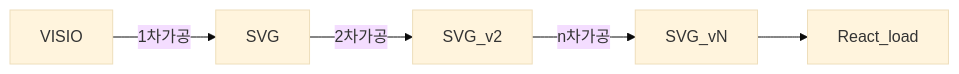
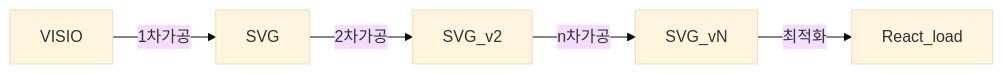
The diagram in README.md (grapefr/temporary), drawn with Mermaid (base theme) before and after one commit.

````diff
--- a/README.md
+++ b/README.md
@@ -26,4 +26,4 @@
 ```mermaid
 flowchart LR
-    VISIO -- 1차가공 --> SVG -- 2차가공 --> SVG_v2 -- n차가공 --> SVG_vN --> React_load
+    VISIO -- 1차가공 --> SVG -- 2차가공 --> SVG_v2 -- n차가공 --> SVG_vN -- 최적화 --> React_load
 ```
````
